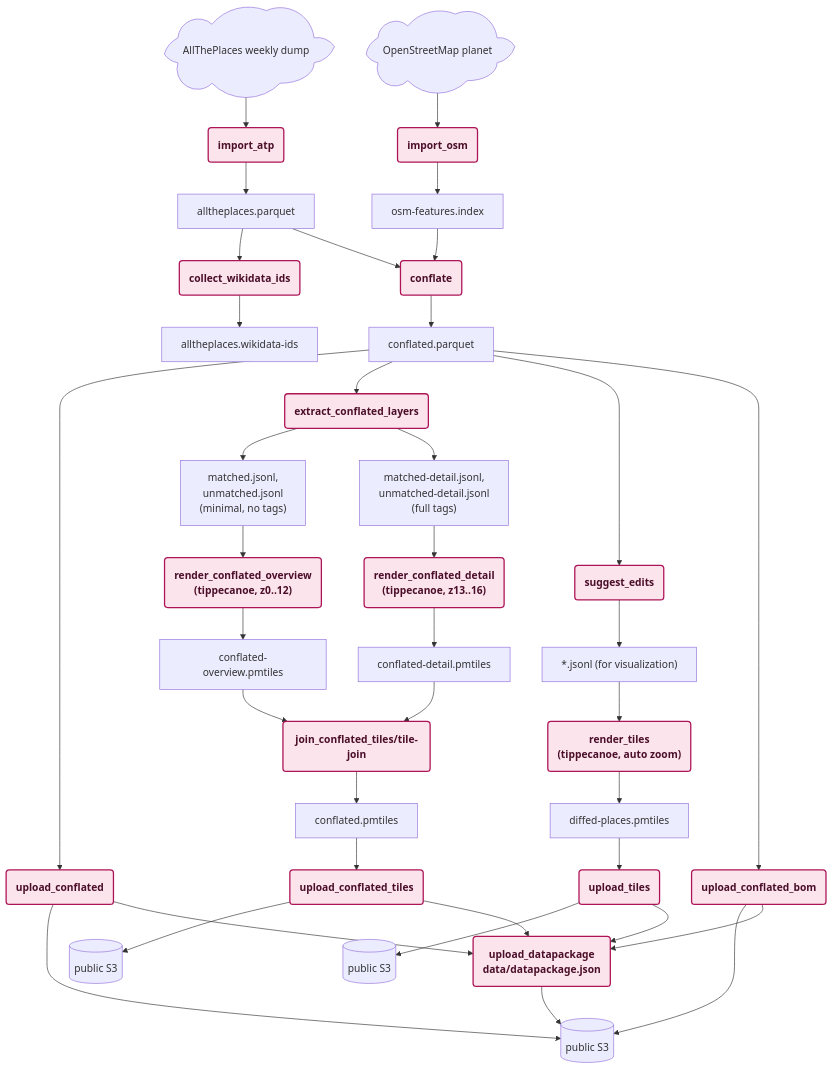
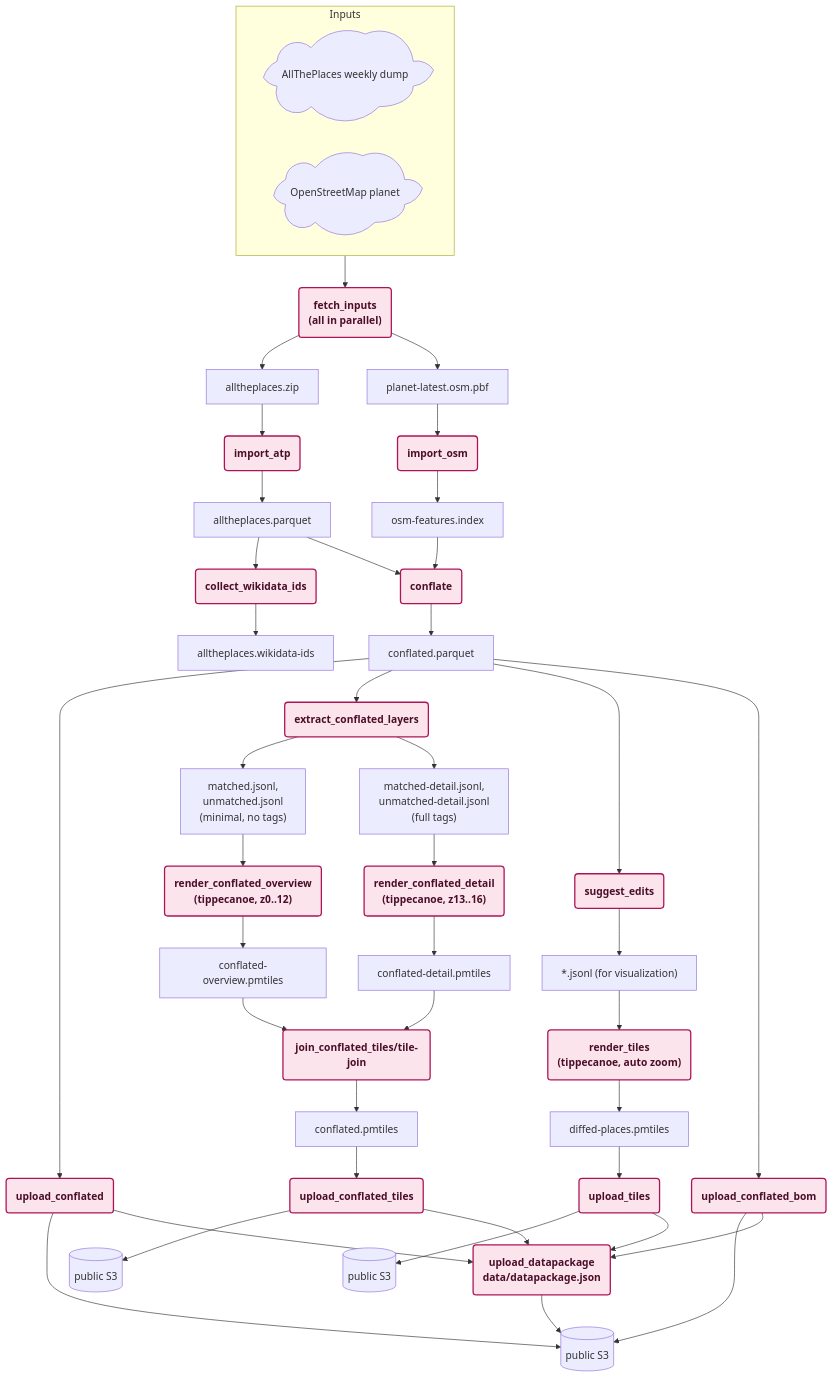
The diagram in docs/TECHNICAL_DESIGN.md (brawer/osmdiffs), drawn with Mermaid before and after one commit. The commit also changed other lines of this file and 11 other files, not shown here.

````diff
--- a/docs/TECHNICAL_DESIGN.md
+++ b/docs/TECHNICAL_DESIGN.md
@@ -177,38 +177,46 @@
 ```mermaid
 graph TD
     ATP_SRC@{ shape: cloud, label: "AllThePlaces weekly dump" }
     OSM_SRC@{ shape: cloud, label: "OpenStreetMap planet" }
 
-    ATP_SRC --> IMPORT_ATP(import_atp) --> ATP_PARQUET[alltheplaces.parquet]
+    subgraph INPUTS [Inputs]
+        ATP_SRC
+        OSM_SRC
+    end
+    INPUTS --> FETCH_INPUTS("fetch_inputs<br/>(all in parallel)")
+    FETCH_INPUTS --> ATP_ZIP[alltheplaces.zip]
+    FETCH_INPUTS --> OSM_PBF[planet-latest.osm.pbf]
+
+    ATP_ZIP --> IMPORT_ATP(import_atp) --> ATP_PARQUET[alltheplaces.parquet]
     ATP_PARQUET --> COLLECT_WIKI(collect_wikidata_ids) --> WIKIDATA[alltheplaces.wikidata-ids]
 
-    OSM_SRC --> IMPORT_OSM(import_osm) --> OSM_INDEX[osm-features.index]
+    OSM_PBF --> IMPORT_OSM(import_osm) --> OSM_INDEX[osm-features.index]
 
     ATP_PARQUET --> CONFLATE(conflate)
     OSM_INDEX --> CONFLATE
     CONFLATE --> CONFLATED[conflated.parquet]
     CONFLATED --> UPLOAD_CONFLATED(upload_conflated) --> S3A[("public S3")]
 
     CONFLATED --> EXTRACT_CONFLATED_LAYERS(extract_conflated_layers)
     EXTRACT_CONFLATED_LAYERS --> OVERVIEW_LAYERS["matched.jsonl,<br/>unmatched.jsonl<br/>(minimal, no tags)"]
     EXTRACT_CONFLATED_LAYERS --> DETAIL_LAYERS["matched-detail.jsonl,<br/>unmatched-detail.jsonl<br/>(full tags)"]
     OVERVIEW_LAYERS --> RENDER_CONFLATED_OVERVIEW("render_conflated_overview<br/>(tippecanoe, z0..12)") --> OVERVIEW_PMTILES[conflated-overview.pmtiles]
     DETAIL_LAYERS --> RENDER_CONFLATED_DETAIL("render_conflated_detail<br/>(tippecanoe, z13..16)") --> DETAIL_PMTILES[conflated-detail.pmtiles]
     OVERVIEW_PMTILES --> JOIN_CONFLATED_TILES(join_conflated_tiles/tile-join)
     DETAIL_PMTILES --> JOIN_CONFLATED_TILES
     JOIN_CONFLATED_TILES --> CONFLATED_PMTILES[conflated.pmtiles]
     CONFLATED_PMTILES --> UPLOAD_CONFLATED_TILES(upload_conflated_tiles) --> S3C[("public S3")]
 
     CONFLATED --> SUGGEST_EDITS(suggest_edits) --> LAYERS["*.jsonl (for visualization)"]
     LAYERS --> RENDER_TILES("render_tiles<br/>(tippecanoe, auto zoom)") --> PMTILES[diffed-places.pmtiles]
     PMTILES --> UPLOAD_TILES(upload_tiles) --> S3B[("public S3")]
 
     CONFLATED --> UPLOAD_BOM(upload_conflated_bom) --> S3A
     UPLOAD_CONFLATED --> UPLOAD_DATAPACKAGE
     UPLOAD_CONFLATED_TILES --> UPLOAD_DATAPACKAGE
     UPLOAD_TILES --> UPLOAD_DATAPACKAGE
     UPLOAD_BOM --> UPLOAD_DATAPACKAGE(upload_datapackage<br/>data/datapackage.json) --> S3A
 
     classDef process fill:#fce4ec,stroke:#ad1457,stroke-width:2px,color:#4a0e28,font-weight:bold;
-    class IMPORT_ATP,COLLECT_WIKI,IMPORT_OSM,CONFLATE,UPLOAD_CONFLATED,EXTRACT_CONFLATED_LAYERS,RENDER_CONFLATED_OVERVIEW,RENDER_CONFLATED_DETAIL,JOIN_CONFLATED_TILES,UPLOAD_CONFLATED_TILES,SUGGEST_EDITS,RENDER_TILES,UPLOAD_TILES,UPLOAD_BOM,UPLOAD_DATAPACKAGE process;
+    class FETCH_INPUTS,IMPORT_ATP,COLLECT_WIKI,IMPORT_OSM,CONFLATE,UPLOAD_CONFLATED,EXTRACT_CONFLATED_LAYERS,RENDER_CONFLATED_OVERVIEW,RENDER_CONFLATED_DETAIL,JOIN_CONFLATED_TILES,UPLOAD_CONFLATED_TILES,SUGGEST_EDITS,RENDER_TILES,UPLOAD_TILES,UPLOAD_BOM,UPLOAD_DATAPACKAGE process;
 ```
````
